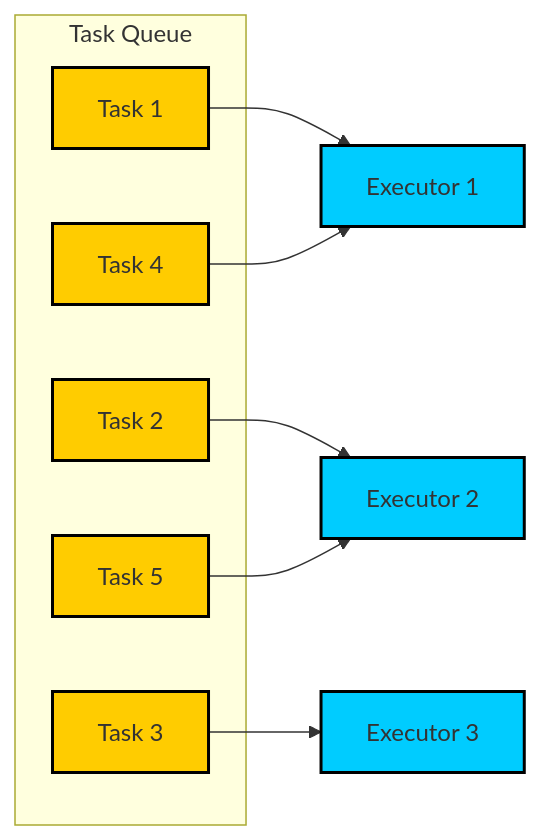
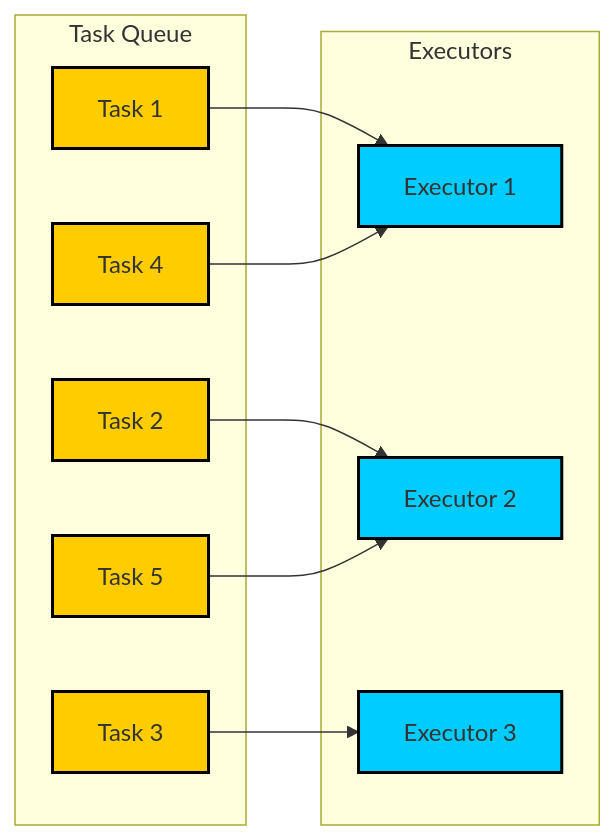
The first of 8 diagrams in v4/content/articles/programming-patterns/javascript-patterns/async-queue-pattern/README.md (sujeet-pro/legacy-personal-site), drawn with Mermaid before and after one commit. The commit also changed other lines of this file and 115 other files, not shown here.

````diff
--- a/v4/content/articles/programming-patterns/javascript-patterns/async-queue-pattern/README.md
+++ b/v4/content/articles/programming-patterns/javascript-patterns/async-queue-pattern/README.md
@@ -14,31 +7,28 @@
 ```mermaid
 graph LR
-    %% Task Queue
     subgraph "Task Queue"
         T1[Task 1]
         T2[Task 2]
         T3[Task 3]
         T4[Task 4]
         T5[Task 5]
     end
 
-    %% Executors
-    E1[Executor 1]
-    E2[Executor 2]
-    E3[Executor 3]
+    subgraph "Executors"
+        E1[Executor 1]
+        E2[Executor 2]
+        E3[Executor 3]
+    end
 
-    %% Connections
     T1 --> E1
     T2 --> E2
     T3 --> E3
     T4 --> E1
     T5 --> E2
 
-    %% Styling
     classDef taskClass fill:#ffcc00,stroke:#000,stroke-width:2px
     classDef executorClass fill:#00ccff,stroke:#000,stroke-width:2px
-    classDef queueClass fill:#e0e0e0,stroke:#000,stroke-width:2px
 
     class T1,T2,T3,T4,T5 taskClass
     class E1,E2,E3 executorClass
 ```
````
